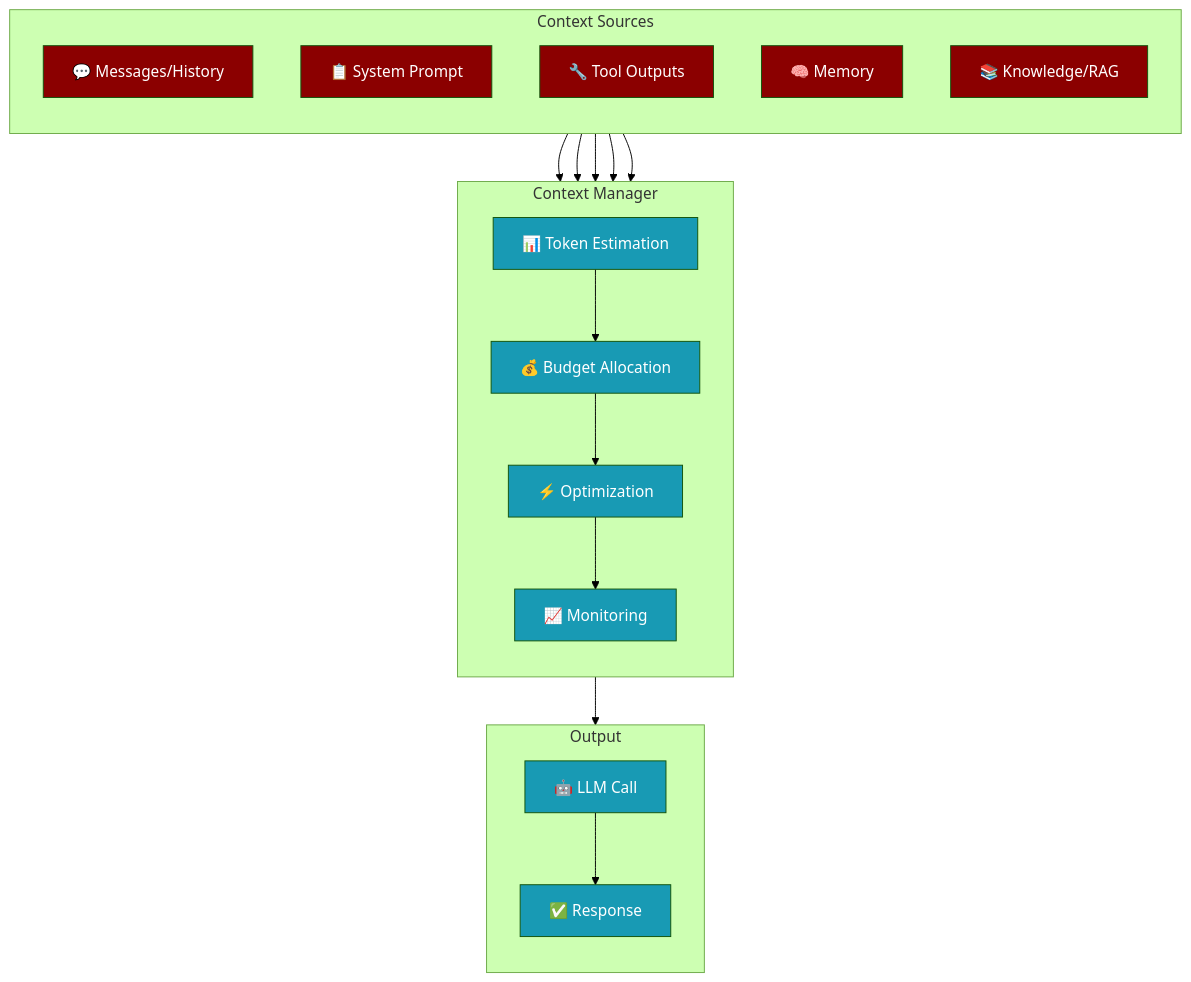
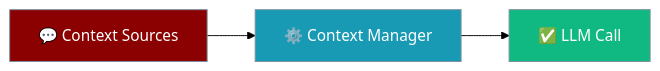
Before and after one commit to MervinPraison/PraisonAIDocs: the first of 6 diagrams in docs/features/context-management.mdx, drawn with Mermaid (forest theme). The commit also changed other lines of this file and 9 other files, not shown here.

````diff
--- a/docs/features/context-management.mdx
+++ b/docs/features/context-management.mdx
@@ -30,55 +30,12 @@
 ```mermaid
-flowchart TB
-    subgraph "Context Sources"
-        direction TB
-        MSG[💬 Messages/History]
-        SYS[📋 System Prompt]
-        TOOL[🔧 Tool Outputs]
-        MEM[🧠 Memory]
-        RAG[📚 Knowledge/RAG]
-    end
+graph LR
+    Sources[💬 Context Sources] --> Manager[⚙️ Context Manager]
+    Manager --> LLM[✅ LLM Call]
 
-    subgraph "Context Manager"
-        direction TB
-        EST[📊 Token Estimation]
-        BUD[💰 Budget Allocation]
-        OPT[⚡ Optimization]
-        MON[📈 Monitoring]
-    end
-
-    subgraph "Output"
-        direction TB
-        LLM[🤖 LLM Call]
-        RES[✅ Response]
-    end
-
-    MSG --> EST
-    SYS --> EST
-    TOOL --> EST
-    MEM --> EST
-    RAG --> EST
-
-    EST --> BUD
-    BUD --> OPT
-    OPT --> MON
-    MON --> LLM
-    LLM --> RES
-
-    style MSG fill:#8B0000,color:#fff
-    style SYS fill:#8B0000,color:#fff
-    style TOOL fill:#8B0000,color:#fff
-    style MEM fill:#8B0000,color:#fff
-    style RAG fill:#8B0000,color:#fff
-    style EST fill:#189AB4,color:#fff
-    style BUD fill:#189AB4,color:#fff
-    style OPT fill:#189AB4,color:#fff
-    style MON fill:#189AB4,color:#fff
-    style LLM fill:#189AB4,color:#fff
-    style RES fill:#189AB4,color:#fff
-    classDef agent fill:#8B0000,stroke:#7C90A0,color:#fff
-    classDef tool fill:#189AB4,stroke:#7C90A0,color:#fff
-    classDef config fill:#6366F1,stroke:#7C90A0,color:#fff
-    class A agent
-    class B,C tool
-
+    classDef input fill:#8B0000,stroke:#7C90A0,color:#fff
+    classDef process fill:#189AB4,stroke:#7C90A0,color:#fff
+    classDef output fill:#10B981,stroke:#7C90A0,color:#fff
+    class Sources input
+    class Manager process
+    class LLM output
 ```
````
